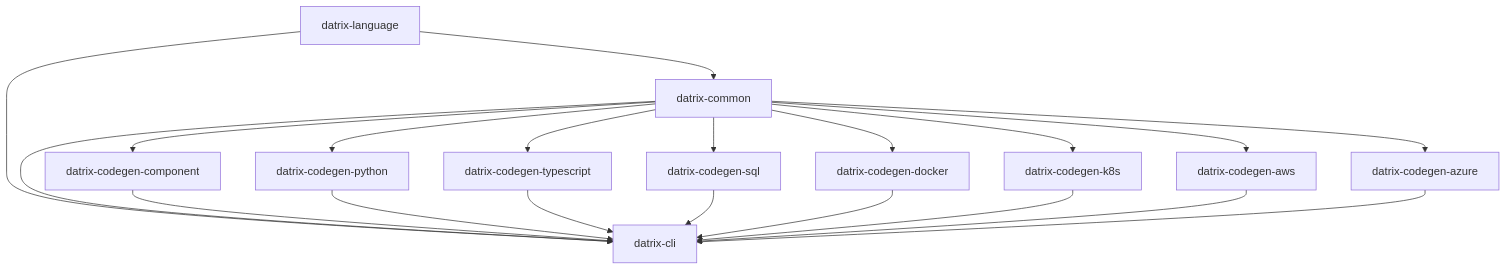
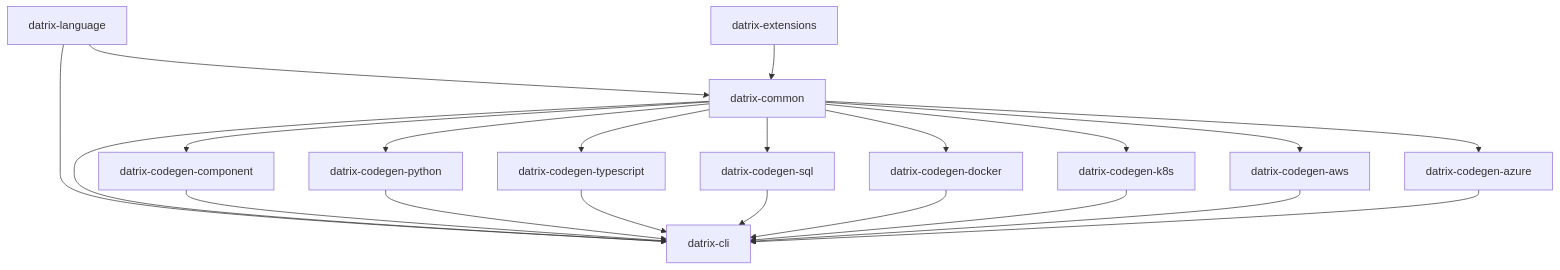
One commit to keturk/datrix changed the diagram in docs/architecture/architecture-overview.md. Above: the diagram before and after it, drawn with Mermaid. The commit also changed other lines of this file and 10 other files, not shown here.

First line of the commit message:
Document plugin-style generator architecture and extend pub/sub examples.

````diff
--- a/docs/architecture/architecture-overview.md
+++ b/docs/architecture/architecture-overview.md
@@ -274,23 +342,24 @@
 ```mermaid
 graph TD
  A[datrix-common]
  B[datrix-language] --> A
+ L[datrix-extensions] --> A
  A --> CC[datrix-codegen-component]
  A --> D[datrix-codegen-python]
  A --> E[datrix-codegen-typescript]
  A --> F[datrix-codegen-sql]
  A --> G[datrix-codegen-docker]
  A --> H[datrix-codegen-k8s]
  A --> I[datrix-codegen-aws]
  A --> J[datrix-codegen-azure]
  B --> K[datrix-cli]
  A --> K
  CC --> K
  D --> K
  E --> K
  F --> K
  G --> K
  H --> K
  I --> K
  J --> K
 ```
````
